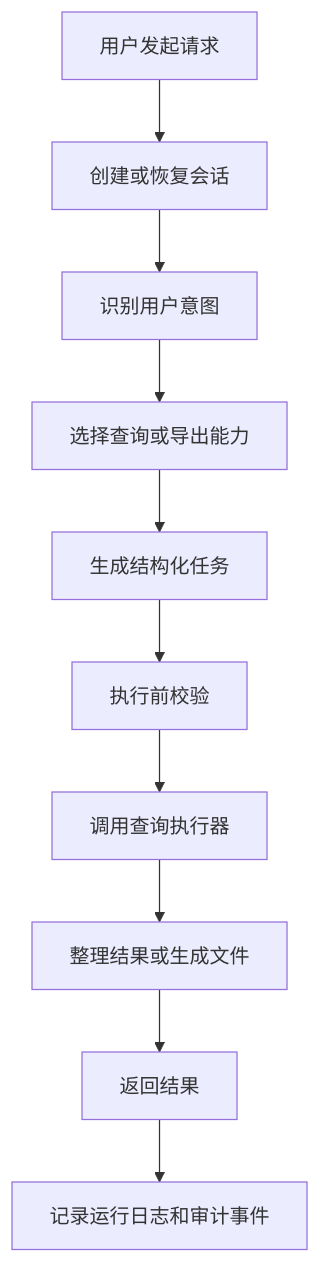
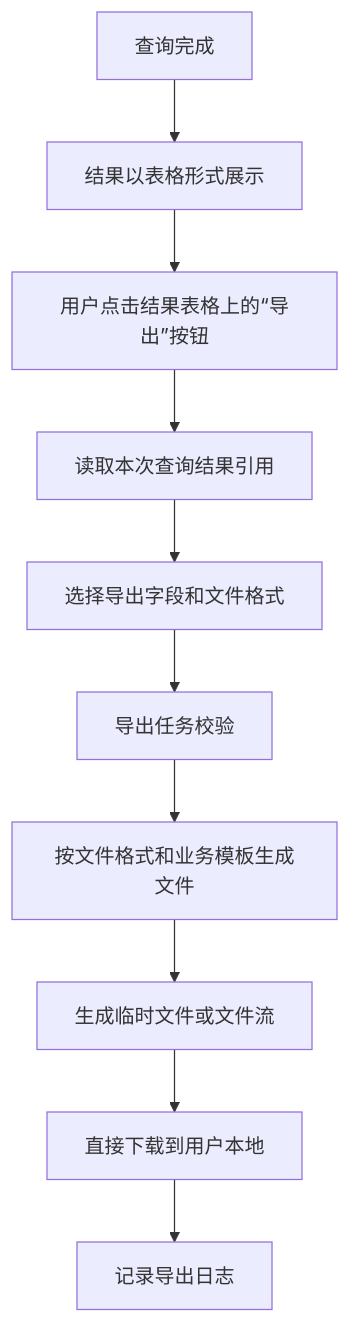
One commit to yuquan-chen/finance-agent-runtime changed the seventh of 9 diagrams in docs/dogpay_admin_agent_product.md. Above: the diagram before and after it, drawn with Mermaid. The commit also changed other lines of this file and 42 other files, not shown here.

Commit message:
feat: 完善受控查询链路与 Schema 元数据

````diff
--- a/docs/dogpay_admin_agent_product.md
+++ b/docs/dogpay_admin_agent_product.md
@@ -138,12 +412,12 @@
 ```mermaid
 flowchart TD
-    A[用户发起请求] --> B[创建或恢复会话]
-    B --> C[识别用户意图]
-    C --> D[选择查询或导出能力]
-    D --> E[生成结构化任务]
-    E --> F[执行前校验]
-    F --> G[调用查询执行器]
-    G --> H[整理结果或生成文件]
-    H --> I[返回结果]
-    I --> J[记录运行日志和审计事件]
+    A[查询完成] --> B[结果以表格形式展示]
+    B --> C[用户点击结果表格上的“导出”按钮]
+    C --> D[读取本次查询结果引用]
+    D --> E[选择导出字段和文件格式]
+    E --> F[导出任务校验]
+    F --> G[按文件格式和业务模板生成文件]
+    G --> H[生成临时文件或文件流]
+    H --> I[直接下载到用户本地]
+    I --> J[记录导出日志]
 ```
````
